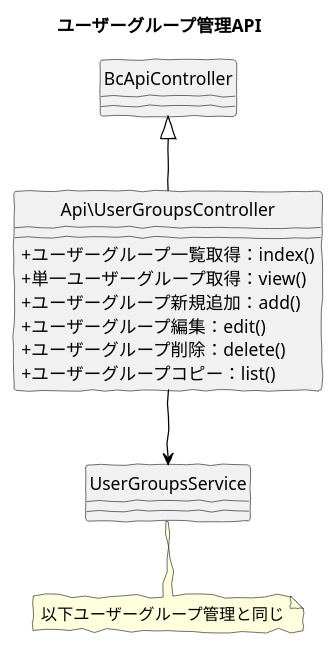
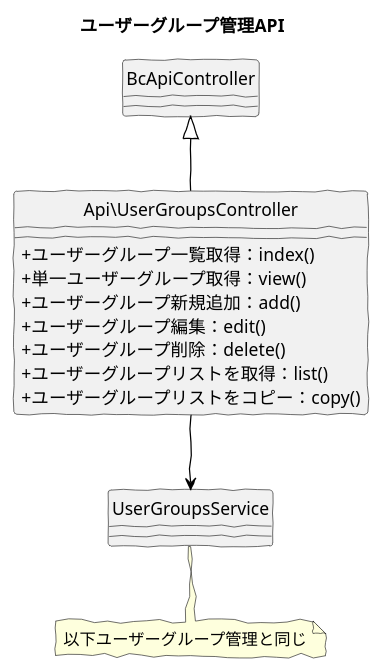
The diagram in src/puml/5/ucmitz/svg/class/api_user_groups.puml (baserproject/baserproject.github.io), drawn with PlantUML before and after one commit. The commit also changed 8 other files, not shown here.

Commit message:
アクセス制限設定APIのクラス図を追加

```diff
--- a/src/puml/5/ucmitz/svg/class/api_user_groups.puml
+++ b/src/puml/5/ucmitz/svg/class/api_user_groups.puml
@@ -1,24 +1,25 @@
 @startuml
 skinparam handwritten true
 skinparam backgroundColor white
 hide circle
 skinparam classAttributeIconSize 0
 
 title ユーザーグループ管理API
 
 class Api\UserGroupsController {
   + ユーザーグループ一覧取得：index()
   + 単一ユーザーグループ取得：view()
   + ユーザーグループ新規追加：add()
   + ユーザーグループ編集：edit()
   + ユーザーグループ削除：delete()
-  + ユーザーグループコピー：list()
+  + ユーザーグループリストを取得：list()
+  + ユーザーグループリストをコピー：copy()
 }
 
 Api\UserGroupsController -down[#Black]-> UserGroupsService
 Api\UserGroupsController -up[#Black]-|> BcApiController
 
 note "以下ユーザーグループ管理と同じ" as note
 UserGroupsService .. note
 
 @enduml
```
